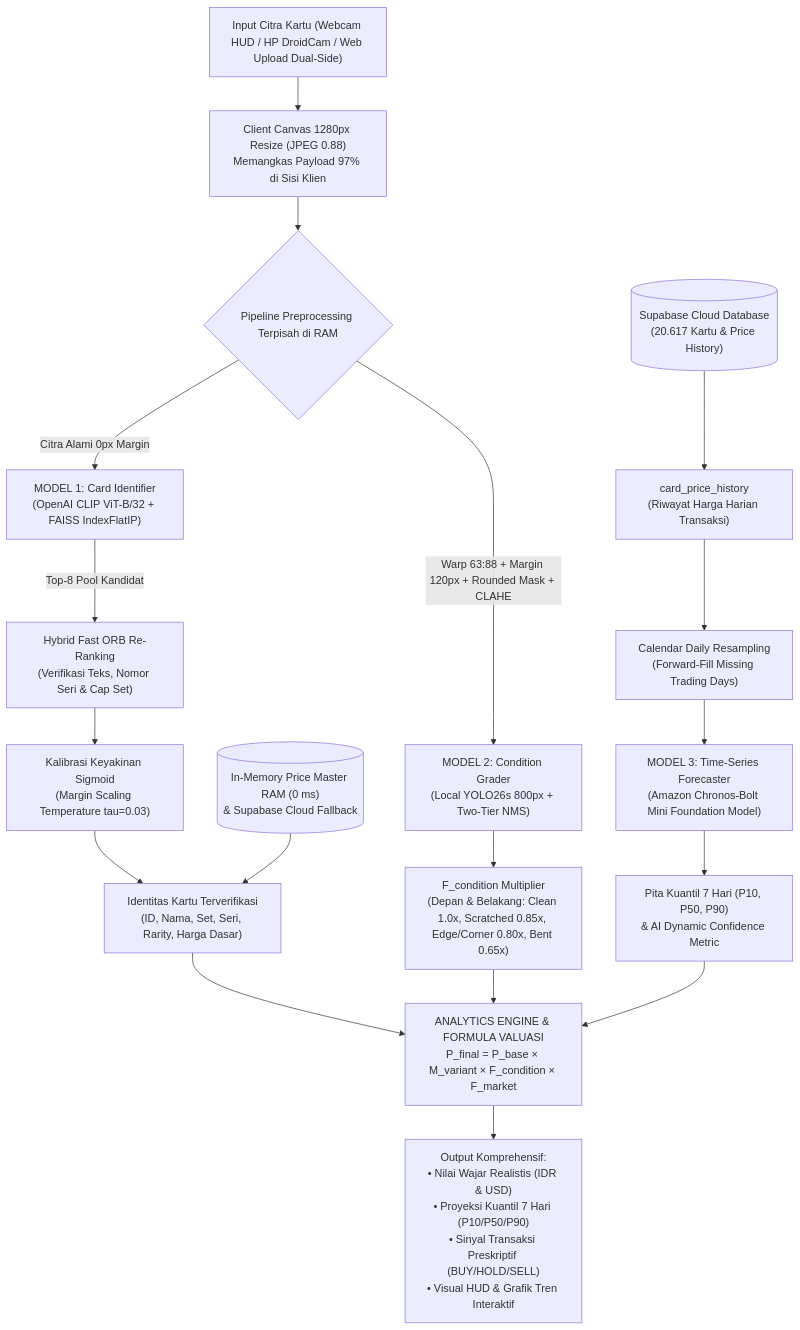
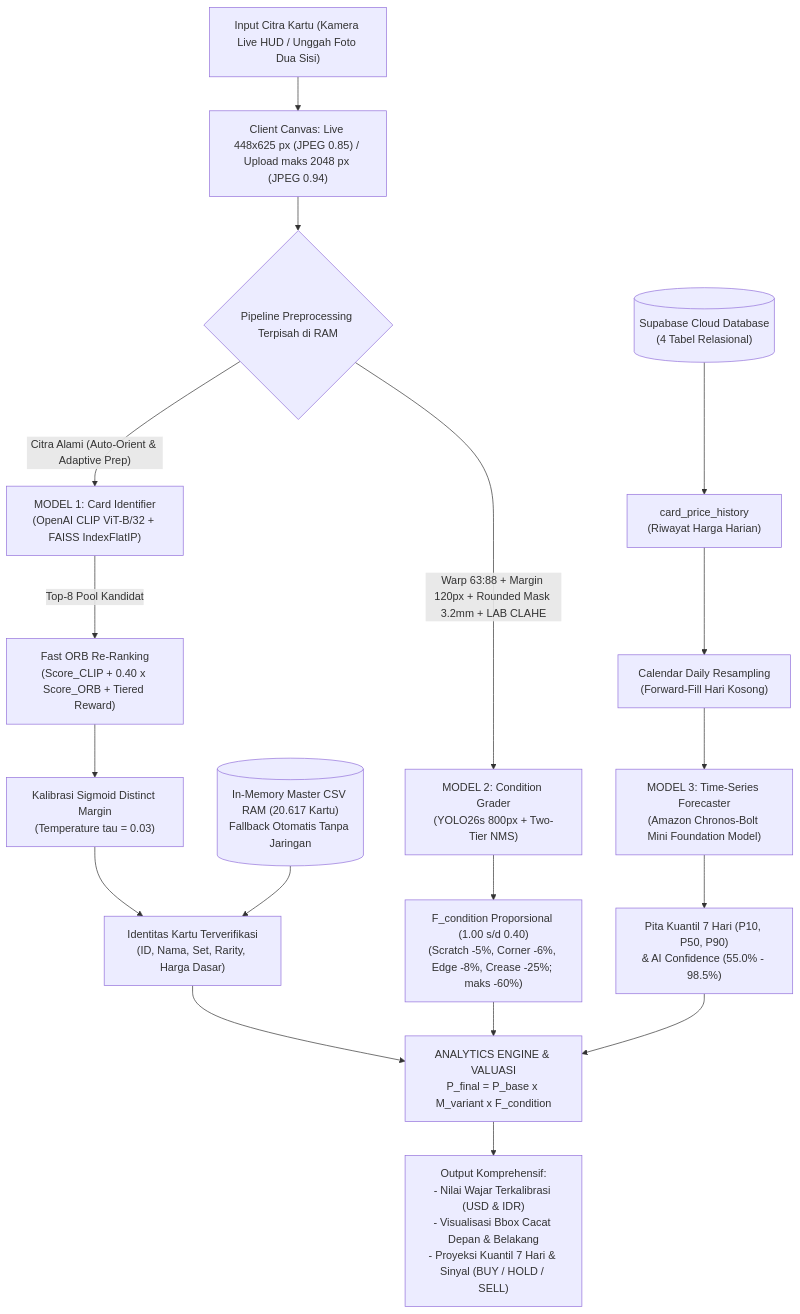
The diagram in README.md (Bejochan/pokemon-card-value-analytic-tool), drawn with Mermaid before and after one commit. The commit also changed other lines of this file, not shown here.

Commit message:
docs(readme): lengkapi daftar anggota, tautan deliverable, langkah instalasi dari repo, dan sinkronkan parameter model

````diff
--- a/README.md
+++ b/README.md
@@ -33,28 +58,28 @@
 ```mermaid
 graph TD
-    Input["Input Citra Kartu (Webcam HUD / HP DroidCam / Web Upload Dual-Side)"] --> CanvasResize["Client Canvas 1280px Resize (JPEG 0.88)<br/>Memangkas Payload 97% di Sisi Klien"]
-    
+    Input["Input Citra Kartu (Kamera Live HUD / Unggah Foto Dua Sisi)"] --> CanvasResize["Client Canvas: Live 448x625 px (JPEG 0.85) / Upload maks 2048 px (JPEG 0.94)"]
+
     CanvasResize --> Split{"Pipeline Preprocessing Terpisah di RAM"}
-    
-    Split -->|Citra Alami 0px Margin| M1["MODEL 1: Card Identifier<br/>(OpenAI CLIP ViT-B/32 + FAISS IndexFlatIP)"]
-    Split -->|Warp 63:88 + Margin 120px + Rounded Mask + CLAHE| M2["MODEL 2: Condition Grader<br/>(Local YOLO26s 800px + Two-Tier NMS)"]
-    
-    M1 -->|Top-8 Pool Kandidat| ORB["Hybrid Fast ORB Re-Ranking<br/>(Verifikasi Teks, Nomor Seri & Cap Set)"]
-    ORB --> Sigmoid["Kalibrasi Keyakinan Sigmoid<br/>(Margin Scaling Temperature tau=0.03)"]
-    Sigmoid --> CardID["Identitas Kartu Terverifikasi<br/>(ID, Nama, Set, Seri, Rarity, Harga Dasar)"]
-    
-    M2 --> ConditionScore["F_condition Multiplier<br/>(Depan & Belakang: Clean 1.0x, Scratched 0.85x, Edge/Corner 0.80x, Bent 0.65x)"]
-    
-    MemoryCache[("In-Memory Price Master RAM (0 ms)<br/>& Supabase Cloud Fallback")] --> CardID
-    Supabase[("Supabase Cloud Database<br/>(20.617 Kartu & Price History)")] --> Hist["card_price_history<br/>(Riwayat Harga Harian Transaksi)"]
-    
-    Hist --> Resample["Calendar Daily Resampling<br/>(Forward-Fill Missing Trading Days)"]
+
+    Split -->|"Citra Alami (Auto-Orient & Adaptive Prep)"| M1["MODEL 1: Card Identifier<br/>(OpenAI CLIP ViT-B/32 + FAISS IndexFlatIP)"]
+    Split -->|"Warp 63:88 + Margin 120px + Rounded Mask 3.2mm + LAB CLAHE"| M2["MODEL 2: Condition Grader<br/>(YOLO26s 800px + Two-Tier NMS)"]
+
+    M1 -->|"Top-8 Pool Kandidat"| ORB["Fast ORB Re-Ranking<br/>(Score_CLIP + 0.40 x Score_ORB + Tiered Reward)"]
+    ORB --> Sigmoid["Kalibrasi Sigmoid Distinct Margin<br/>(Temperature tau = 0.03)"]
+    Sigmoid --> CardID["Identitas Kartu Terverifikasi<br/>(ID, Nama, Set, Rarity, Harga Dasar)"]
+
+    M2 --> ConditionScore["F_condition Proporsional (1.00 s/d 0.40)<br/>(Scratch -5%, Corner -6%, Edge -8%, Crease -25%; maks -60%)"]
+
+    MemoryCache[("In-Memory Master CSV RAM (20.617 Kartu)<br/>Fallback Otomatis Tanpa Jaringan")] --> CardID
+    Supabase[("Supabase Cloud Database<br/>(4 Tabel Relasional)")] --> Hist["card_price_history<br/>(Riwayat Harga Harian)"]
+
+    Hist --> Resample["Calendar Daily Resampling<br/>(Forward-Fill Hari Kosong)"]
     Resample --> M3["MODEL 3: Time-Series Forecaster<br/>(Amazon Chronos-Bolt Mini Foundation Model)"]
-    M3 --> Forecast["Pita Kuantil 7 Hari (P10, P50, P90)<br/>& AI Dynamic Confidence Metric"]
-    
-    CardID --> Valuation["ANALYTICS ENGINE & FORMULA VALUASI<br/>P_final = P_base × M_variant × F_condition × F_market"]
+    M3 --> Forecast["Pita Kuantil 7 Hari (P10, P50, P90)<br/>& AI Confidence (55.0% - 98.5%)"]
+
+    CardID --> Valuation["ANALYTICS ENGINE & VALUASI<br/>P_final = P_base x M_variant x F_condition"]
     ConditionScore --> Valuation
     Forecast --> Valuation
-    
-    Valuation --> Output["Output Komprehensif:<br/>• Nilai Wajar Realistis (IDR & USD)<br/>• Proyeksi Kuantil 7 Hari (P10/P50/P90)<br/>• Sinyal Transaksi Preskriptif (BUY/HOLD/SELL)<br/>• Visual HUD & Grafik Tren Interaktif"]
+
+    Valuation --> Output["Output Komprehensif:<br/>- Nilai Wajar Terkalibrasi (USD & IDR)<br/>- Visualisasi Bbox Cacat Depan & Belakang<br/>- Proyeksi Kuantil 7 Hari & Sinyal (BUY / HOLD / SELL)"]
 ```
````
